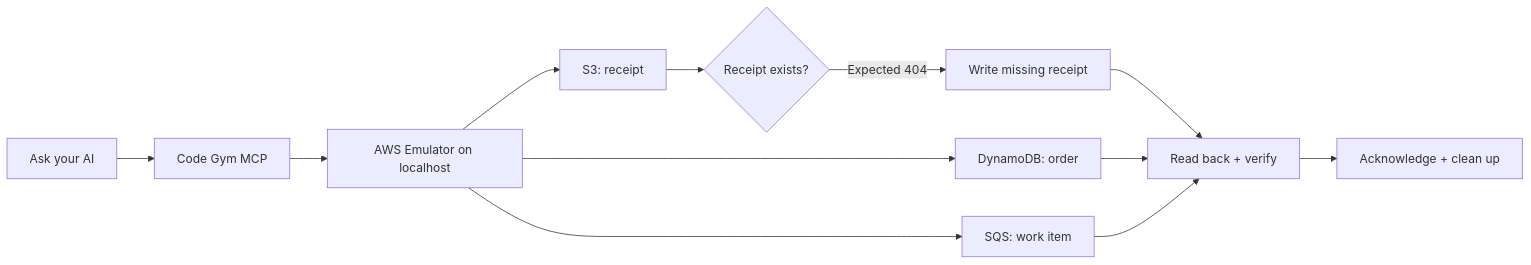
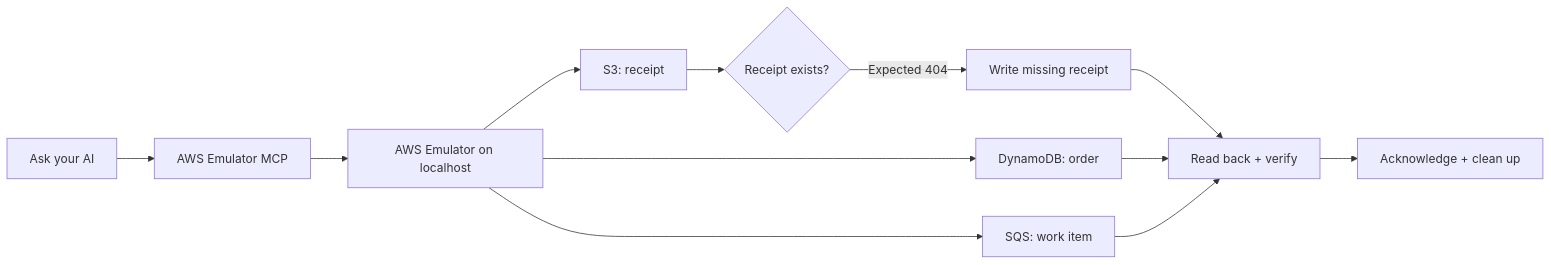
Before and after one commit to B11-Health/aws-emulator-mcp: the diagram in README.md, drawn with Mermaid. The commit also changed other lines of this file and 27 other files, not shown here.

Commit message:
refactor: public AWS Emulator MCP identity across npm, CLI, Docker, and docs

```diff
--- a/README.md
+++ b/README.md
@@ -72,14 +72,14 @@
 ~~~mermaid
 flowchart LR
-    You["Ask your AI"] --> MCP["Code Gym MCP"]
+    You["Ask your AI"] --> MCP["AWS Emulator MCP"]
     MCP --> Lab["AWS Emulator on localhost"]
     Lab --> DB["DynamoDB: order"]
     Lab --> Q["SQS: work item"]
     Lab --> S3["S3: receipt"]
     S3 --> Error{"Receipt exists?"}
     Error -->|Expected 404| Repair["Write missing receipt"]
     Repair --> Verify["Read back + verify"]
     DB --> Verify
     Q --> Verify
     Verify --> Clean["Acknowledge + clean up"]
 ~~~
```
